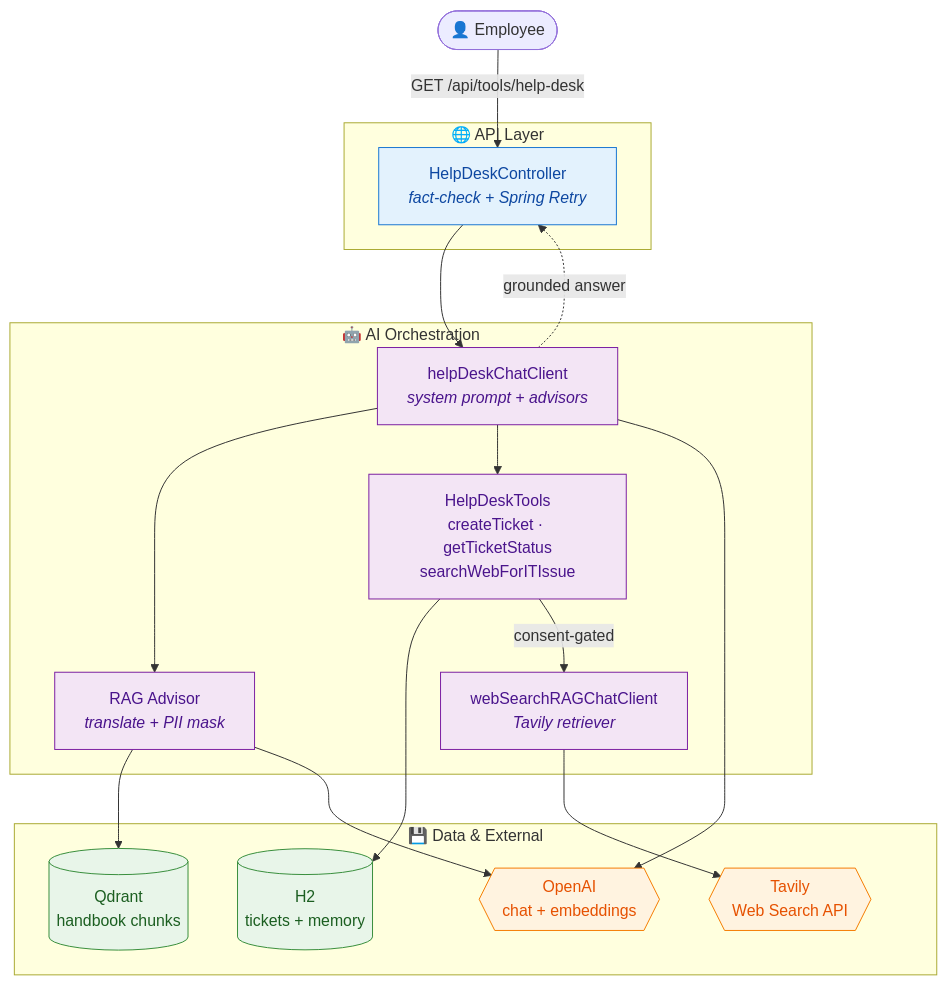
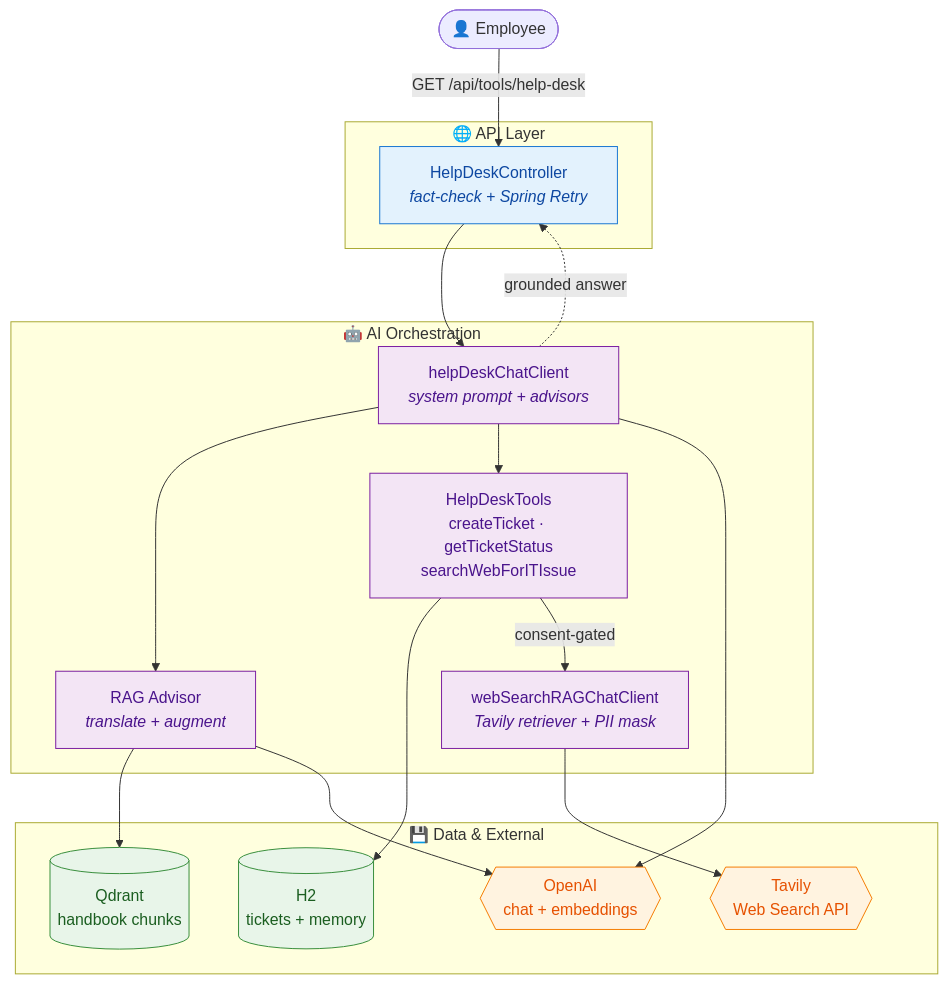
The diagram in README.md (RaviPrakash1264/CareDesk), drawn with Mermaid before and after one commit. The commit also changed other lines of this file and 2 other files, not shown here.

Commit message:
update PII Masking and readme file

````diff
--- a/README.md
+++ b/README.md
@@ -31,43 +31,43 @@
 ```mermaid
 flowchart TB
     user([👤 Employee])
 
     subgraph api["🌐 API Layer"]
         ctrl["HelpDeskController<br/><i>fact-check + Spring Retry</i>"]
     end
 
     subgraph core["🤖 AI Orchestration"]
         client["helpDeskChatClient<br/><i>system prompt + advisors</i>"]
         tools["HelpDeskTools<br/>createTicket · getTicketStatus<br/>searchWebForITIssue"]
-        rag["RAG Advisor<br/><i>translate + PII mask</i>"]
-        web["webSearchRAGChatClient<br/><i>Tavily retriever</i>"]
+        rag["RAG Advisor<br/><i>translate + augment</i>"]
+        web["webSearchRAGChatClient<br/><i>Tavily retriever + PII mask</i>"]
     end
 
     subgraph data["💾 Data & External"]
         qdrant[("Qdrant<br/>handbook chunks")]
         db[("H2<br/>tickets + memory")]
         tavily{{"Tavily<br/>Web Search API"}}
         openai{{"OpenAI<br/>chat + embeddings"}}
     end
 
     user -->|"GET /api/tools/help-desk"| ctrl
     ctrl --> client
     client --> rag
     client --> tools
     client -.->|grounded answer| ctrl
     rag --> qdrant
     tools --> db
     tools -->|consent-gated| web
     web --> tavily
     client --> openai
     rag --> openai
 
     classDef apiStyle fill:#e3f2fd,stroke:#1976d2,color:#0d47a1;
     classDef coreStyle fill:#f3e5f5,stroke:#7b1fa2,color:#4a148c;
     classDef dataStyle fill:#e8f5e9,stroke:#388e3c,color:#1b5e20;
     classDef extStyle fill:#fff3e0,stroke:#f57c00,color:#e65100;
     class ctrl apiStyle;
     class client,tools,rag,web coreStyle;
     class qdrant,db dataStyle;
     class tavily,openai extStyle;
 ```
````
